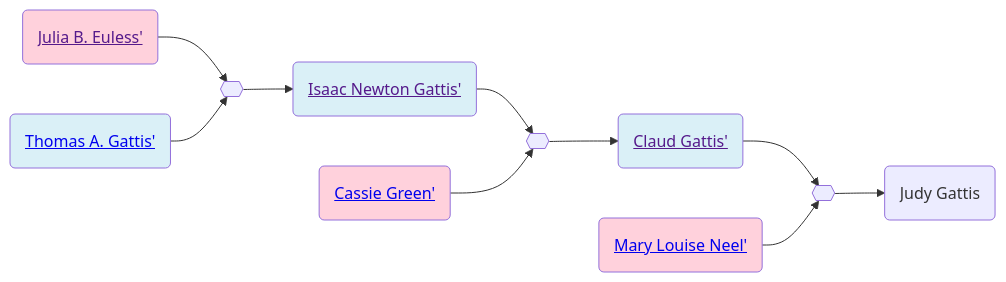
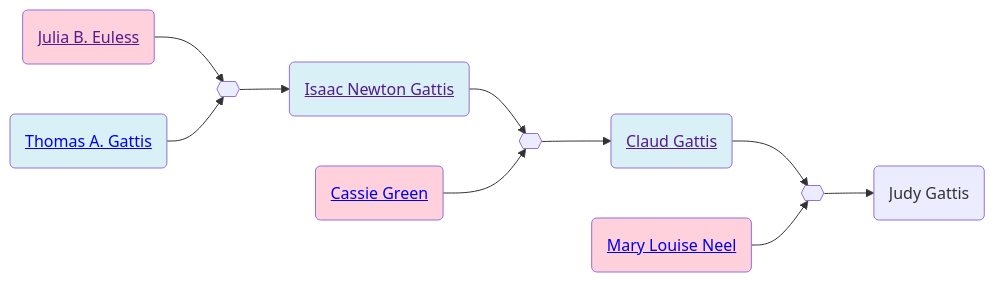
One commit to neelsmith/avocational changed the second of 2 diagrams in familyhistory/sources/people/Gattis-line/Euless-line/Julia_B._Euless.qmd. Above: the diagram before and after it, drawn with Mermaid. The commit also changed other lines of this file and 96 other files, not shown here.

````diff
--- a/familyhistory/sources/people/Gattis-line/Euless-line/Julia_B._Euless.qmd
+++ b/familyhistory/sources/people/Gattis-line/Euless-line/Julia_B._Euless.qmd
@@ -47,26 +47,26 @@
 ```{mermaid}
 graph LR
 %% LR descendant diagram
 class Julia_B._Euless_and_Thomas_A._Gattis marriage
-Julia_B._Euless(<a href=''>Julia B. Euless'</>) --> Julia_B._Euless_and_Thomas_A._Gattis{{ }}
-Thomas_A._Gattis(<a href='./../Thomas_A._Gattis.html'>Thomas A. Gattis'</>) --> Julia_B._Euless_and_Thomas_A._Gattis{{ }}
+Julia_B._Euless(<a href=''>Julia B. Euless</a>) --> Julia_B._Euless_and_Thomas_A._Gattis{{ }}
+Thomas_A._Gattis(<a href='./../Thomas_A._Gattis.html'>Thomas A. Gattis</a>) --> Julia_B._Euless_and_Thomas_A._Gattis{{ }}
 class Thomas_A._Gattis father
 class Julia_B._Euless mother
-Julia_B._Euless_and_Thomas_A._Gattis{{ }} --> Isaac_Newton_Gattis(<a href='./../Isaac_Newton_Gattis.html'>Isaac Newton Gattis'</>)
+Julia_B._Euless_and_Thomas_A._Gattis{{ }} --> Isaac_Newton_Gattis(<a href='./../Isaac_Newton_Gattis.html'>Isaac Newton Gattis</a>)
 class Isaac_Newton_Gattis_and_Cassie_Green marriage
-Isaac_Newton_Gattis(<a href=''>Isaac Newton Gattis'</>) --> Isaac_Newton_Gattis_and_Cassie_Green{{ }}
-Cassie_Green(<a href='./Green-line/Cassie_Green.html'>Cassie Green'</>) --> Isaac_Newton_Gattis_and_Cassie_Green{{ }}
+Isaac_Newton_Gattis(<a href=''>Isaac Newton Gattis</a>) --> Isaac_Newton_Gattis_and_Cassie_Green{{ }}
+Cassie_Green(<a href='./Green-line/Cassie_Green.html'>Cassie Green</a>) --> Isaac_Newton_Gattis_and_Cassie_Green{{ }}
 class Isaac_Newton_Gattis father
 class Cassie_Green mother
-Isaac_Newton_Gattis_and_Cassie_Green{{ }} --> Claud_Gattis(<a href='./Claud_Gattis.html'>Claud Gattis'</>)
+Isaac_Newton_Gattis_and_Cassie_Green{{ }} --> Claud_Gattis(<a href='./Claud_Gattis.html'>Claud Gattis</a>)
 class Claud_Gattis_and_Mary_Louise_Neel marriage
-Claud_Gattis(<a href=''>Claud Gattis'</>) --> Claud_Gattis_and_Mary_Louise_Neel{{ }}
-Mary_Louise_Neel(<a href='./../Neel-line/Mary_Louise_Neel.html'>Mary Louise Neel'</>) --> Claud_Gattis_and_Mary_Louise_Neel{{ }}
+Claud_Gattis(<a href=''>Claud Gattis</a>) --> Claud_Gattis_and_Mary_Louise_Neel{{ }}
+Mary_Louise_Neel(<a href='./../Neel-line/Mary_Louise_Neel.html'>Mary Louise Neel</a>) --> Claud_Gattis_and_Mary_Louise_Neel{{ }}
 class Claud_Gattis father
 class Mary_Louise_Neel mother
 Claud_Gattis_and_Mary_Louise_Neel{{ }} --> Judy_Gattis(Judy Gattis)
 classDef mother fill:#ffd1dc
 classDef father fill:#daf0f7  
 classDef marriage fill:#ffffff
 
 ```
````
